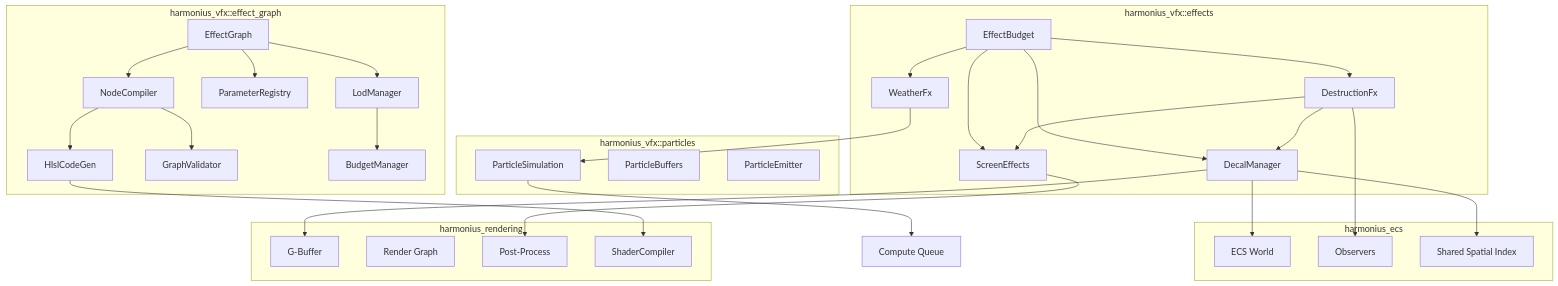
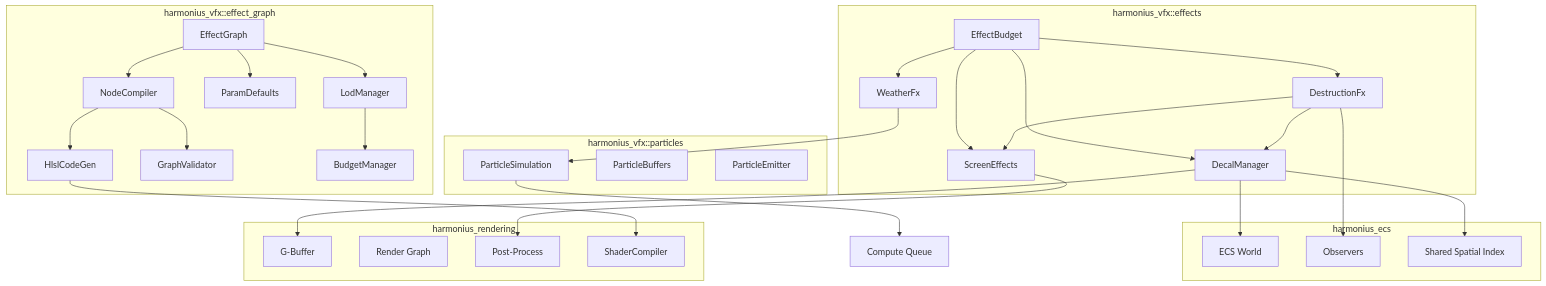
Before and after one commit to harmonius-dev/harmonius: the first of 6 diagrams in docs/design/vfx/effects.md, drawn with Mermaid. The commit also changed other lines of this file and 174 other files, not shown here.

````diff
--- a/docs/design/vfx/effects.md
+++ b/docs/design/vfx/effects.md
@@ -141,61 +141,61 @@
 ```mermaid
 graph TD
     subgraph "harmonius_vfx::effects"
         DM[DecalManager]
         SE[ScreenEffects]
         WX[WeatherFx]
         DX[DestructionFx]
         EB[EffectBudget]
     end
 
     subgraph "harmonius_vfx::effect_graph"
         EG[EffectGraph]
         NC[NodeCompiler]
         HC[HlslCodeGen]
         GV[GraphValidator]
-        PR[ParameterRegistry]
+        PR[ParamDefaults]
         LM[LodManager]
         BM[BudgetManager]
     end
 
     subgraph "harmonius_vfx::particles"
         PS[ParticleSimulation]
         PB[ParticleBuffers]
         PE[ParticleEmitter]
     end
 
     subgraph "harmonius_ecs"
         EC[ECS World]
         OB[Observers]
         SI[Shared Spatial Index]
     end
 
     subgraph "harmonius_rendering"
         GB[G-Buffer]
         RG[Render Graph]
         PP[Post-Process]
         SH[ShaderCompiler]
     end
 
     DM --> GB
     DM --> SI
     SE --> PP
     WX --> PS
     DX --> DM
     DX --> SE
     EB --> DM
     EB --> SE
     EB --> WX
     EB --> DX
 
     EG --> NC
     NC --> HC
     NC --> GV
     EG --> PR
     EG --> LM
     LM --> BM
     HC --> SH
     PS --> GPU[Compute Queue]
     DM --> EC
     DX --> OB
 ```
````
